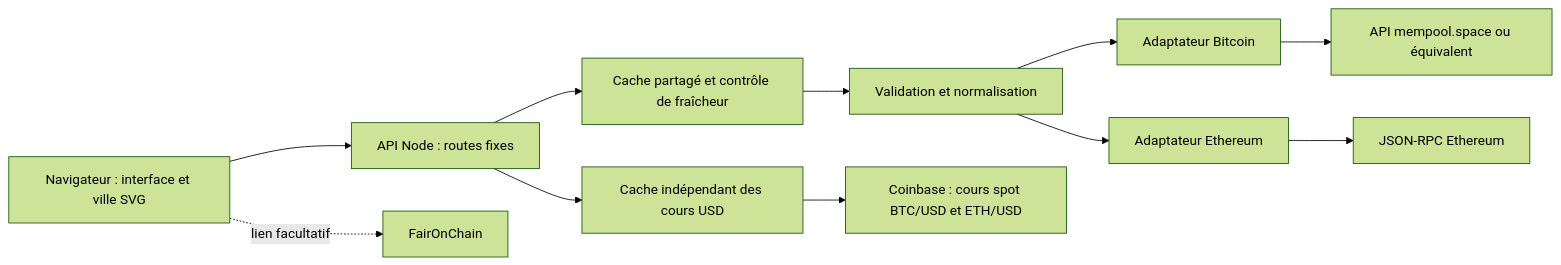
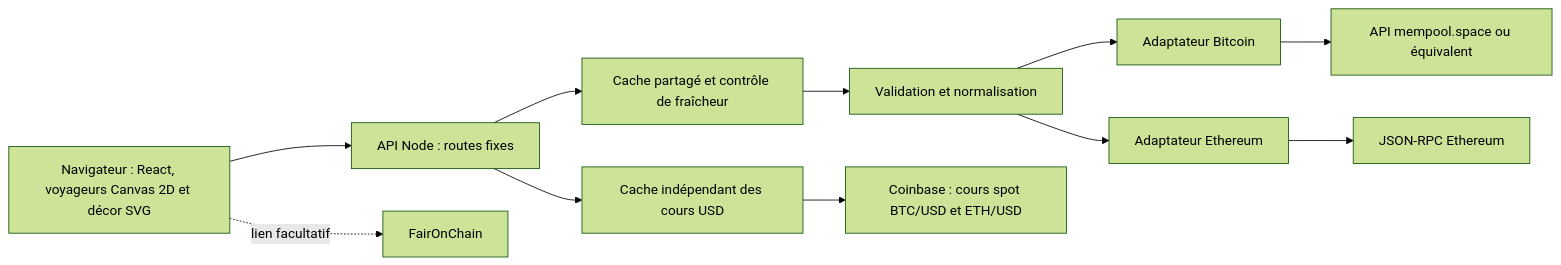
The diagram in docs/architecture.md (arnaud71/blocklane), drawn with Mermaid (forest theme) before and after one commit. The commit also changed other lines of this file and 12 other files, not shown here.

````diff
--- a/docs/architecture.md
+++ b/docs/architecture.md
@@ -61,13 +72,13 @@
 ```mermaid
 flowchart LR
-    B[Navigateur : interface et ville SVG] --> A[API Node : routes fixes]
+    B[Navigateur : React, voyageurs Canvas 2D et décor SVG] --> A[API Node : routes fixes]
     A --> C[Cache partagé et contrôle de fraîcheur]
     C --> V[Validation et normalisation]
     V --> BTC[Adaptateur Bitcoin]
     V --> ETH[Adaptateur Ethereum]
     BTC --> M[API mempool.space ou équivalent]
     ETH --> R[JSON-RPC Ethereum]
     A --> P[Cache indépendant des cours USD]
     P --> CB[Coinbase : cours spot BTC/USD et ETH/USD]
     B -. lien facultatif .-> F[FairOnChain]
 ```
````
